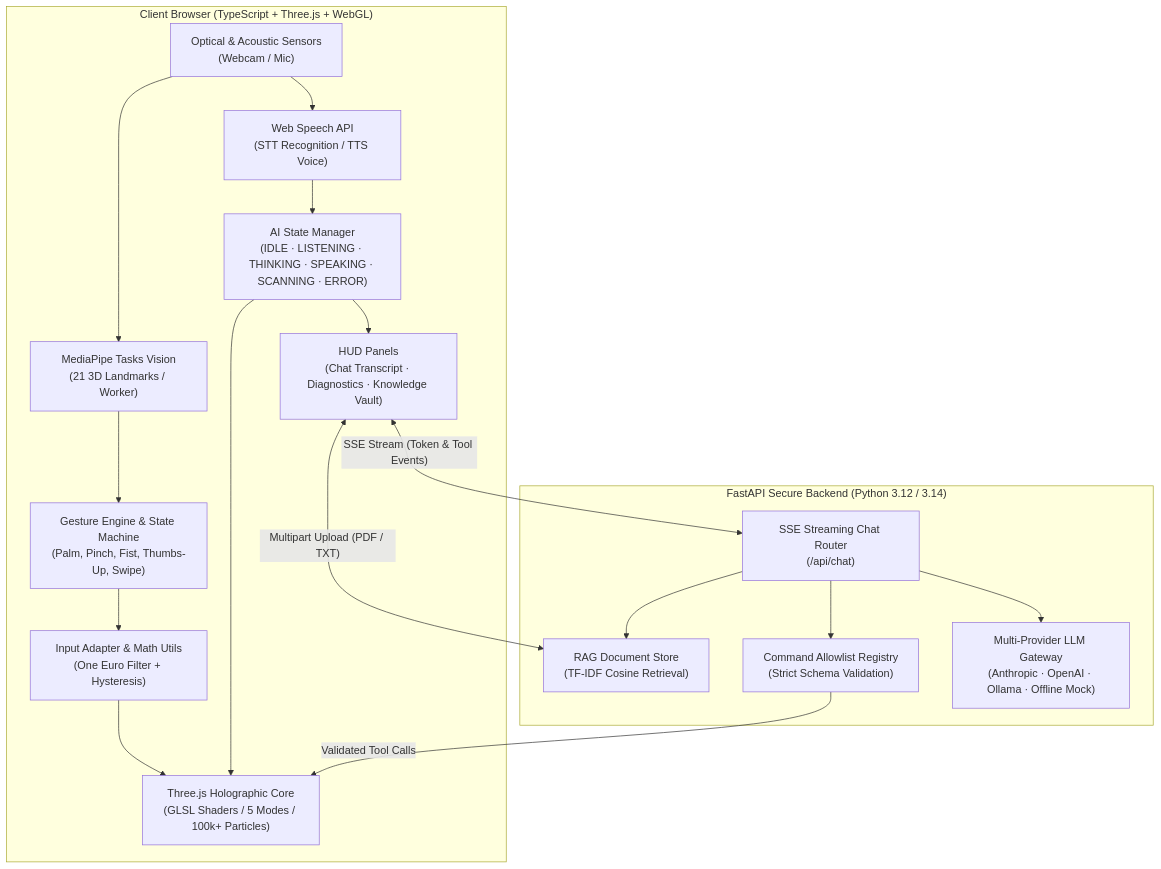
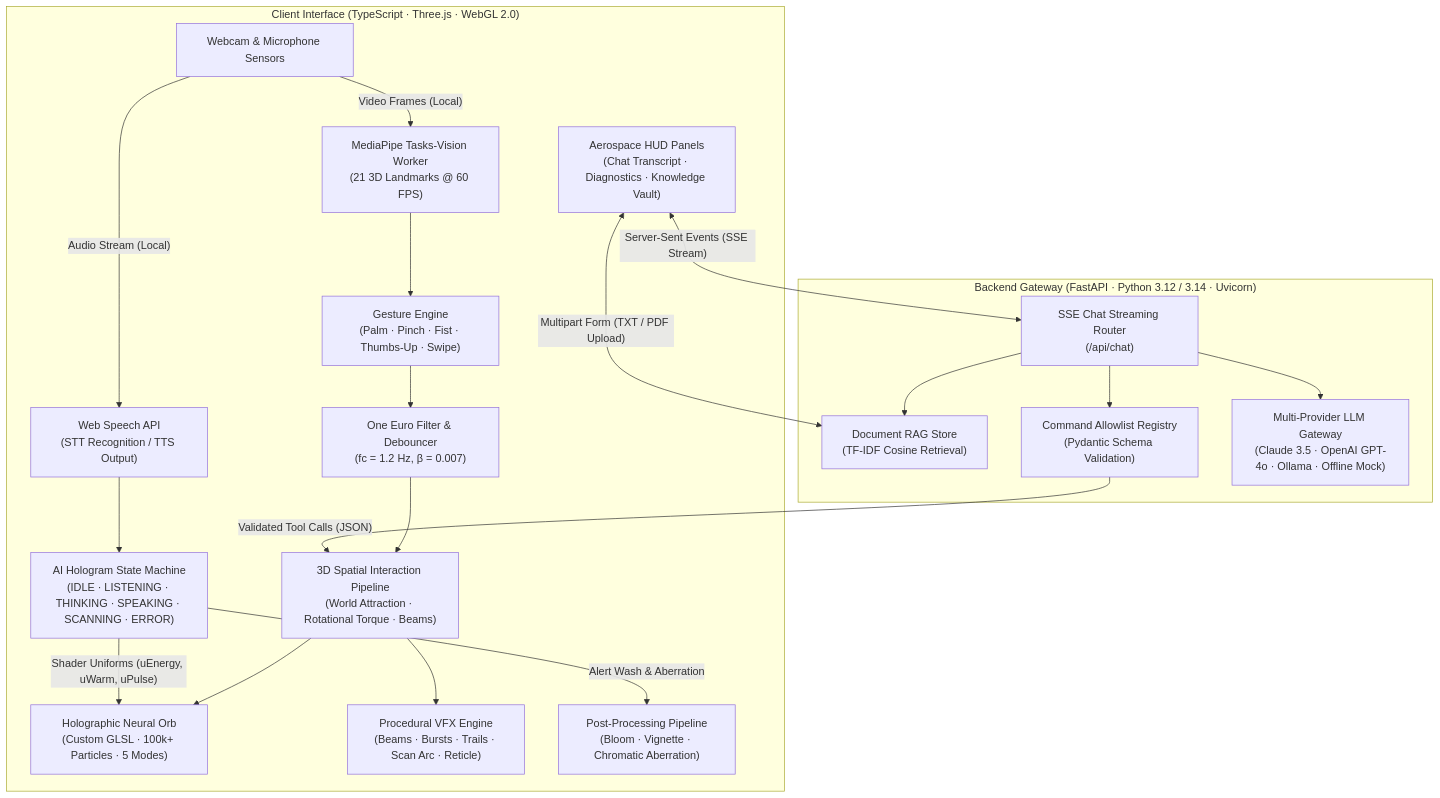
The diagram in README.md (sathvikkasanagpttu/ultimaitron-ai), drawn with Mermaid before and after one commit. The commit also changed other lines of this file, not shown here.

Commit message:
docs: enrich README.md with comprehensive 3D animation, shader math, and full-stack architecture

````diff
--- a/README.md
+++ b/README.md
@@ -13,31 +47,35 @@
 ```mermaid
 flowchart TD
-    subgraph Client ["Client Browser (TypeScript + Three.js + WebGL)"]
-        Sensors["Optical & Acoustic Sensors<br/>(Webcam / Mic)"] --> Vision["MediaPipe Tasks Vision<br/>(21 3D Landmarks / Worker)"]
-        Sensors --> Speech["Web Speech API<br/>(STT Recognition / TTS Voice)"]
+    subgraph Client ["Client Interface (TypeScript · Three.js · WebGL 2.0)"]
+        Sensors["Webcam & Microphone Sensors"] -->|"Video Frames (Local)"| Vision["MediaPipe Tasks-Vision Worker<br/>(21 3D Landmarks @ 60 FPS)"]
+        Sensors -->|"Audio Stream (Local)"| Speech["Web Speech API<br/>(STT Recognition / TTS Output)"]
         
-        Vision --> Gestures["Gesture Engine & State Machine<br/>(Palm, Pinch, Fist, Thumbs-Up, Swipe)"]
-        Gestures --> InputAdapter["Input Adapter & Math Utils<br/>(One Euro Filter + Hysteresis)"]
+        Vision --> Gestures["Gesture Engine<br/>(Palm · Pinch · Fist · Thumbs-Up · Swipe)"]
+        Gestures --> Filter["One Euro Filter & Debouncer<br/>(fc = 1.2 Hz, β = 0.007)"]
+        Filter --> Interaction["3D Spatial Interaction Pipeline<br/>(World Attraction · Rotational Torque · Beams)"]
         
-        InputAdapter --> Scene3D["Three.js Holographic Core<br/>(GLSL Shaders / 5 Modes / 100k+ Particles)"]
-        Speech --> AIState["AI State Manager<br/>(IDLE · LISTENING · THINKING · SPEAKING · SCANNING · ERROR)"]
+        Interaction --> Orb3D["Holographic Neural Orb<br/>(Custom GLSL · 100k+ Particles · 5 Modes)"]
+        Interaction --> VFX["Procedural VFX Engine<br/>(Beams · Bursts · Trails · Scan Arc · Reticle)"]
         
-        AIState --> Scene3D
-        AIState --> HUD["HUD Panels<br/>(Chat Transcript · Diagnostics · Knowledge Vault)"]
+        Speech --> AIState["AI Hologram State Machine<br/>(IDLE · LISTENING · THINKING · SPEAKING · SCANNING · ERROR)"]
+        AIState -->|"Shader Uniforms (uEnergy, uWarm, uPulse)"| Orb3D
+        AIState -->|"Alert Wash & Aberration"| Post["Post-Processing Pipeline<br/>(Bloom · Vignette · Chromatic Aberration)"]
+        
+        HUD["Aerospace HUD Panels<br/>(Chat Transcript · Diagnostics · Knowledge Vault)"]
     end
 
-    subgraph Backend ["FastAPI Secure Backend (Python 3.12 / 3.14)"]
-        SSE["SSE Streaming Chat Router<br/>(/api/chat)"]
-        RAG["RAG Document Store<br/>(TF-IDF Cosine Retrieval)"]
-        CommandRegistry["Command Allowlist Registry<br/>(Strict Schema Validation)"]
-        Providers["Multi-Provider LLM Gateway<br/>(Anthropic · OpenAI · Ollama · Offline Mock)"]
+    subgraph Server ["Backend Gateway (FastAPI · Python 3.12 / 3.14 · Uvicorn)"]
+        SSEEndpoint["SSE Chat Streaming Router<br/>(/api/chat)"]
+        RAGService["Document RAG Store<br/>(TF-IDF Cosine Retrieval)"]
+        CommandRegistry["Command Allowlist Registry<br/>(Pydantic Schema Validation)"]
+        Providers["Multi-Provider LLM Gateway<br/>(Claude 3.5 · OpenAI GPT-4o · Ollama · Offline Mock)"]
         
-        SSE --> CommandRegistry
-        SSE --> RAG
-        SSE --> Providers
+        SSEEndpoint --> CommandRegistry
+        SSEEndpoint --> RAGService
+        SSEEndpoint --> Providers
     end
 
-    HUD <-->|"SSE Stream (Token & Tool Events)"| SSE
-    HUD <-->|"Multipart Upload (PDF / TXT)"| RAG
-    CommandRegistry -->|"Validated Tool Calls"| Scene3D
+    HUD <-->|"Server-Sent Events (SSE Stream)"| SSEEndpoint
+    HUD <-->|"Multipart Form (TXT / PDF Upload)"| RAGService
+    CommandRegistry -->|"Validated Tool Calls (JSON)"| Interaction
 ```
````
